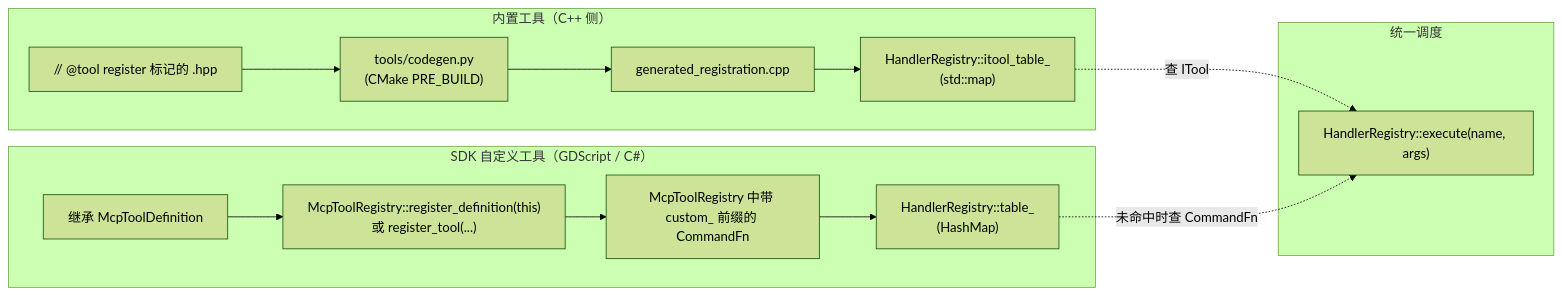
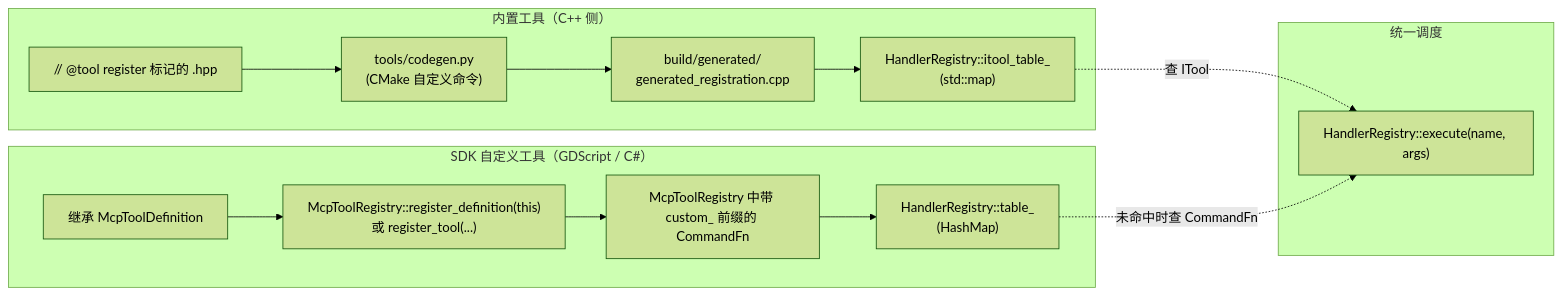
The third of 3 diagrams in .repo_wiki/overview/architecture.md (jesspig/GodotMCP-GDExtension), drawn with Mermaid (forest theme) before and after one commit. The commit also changed other lines of this file and 11 other files, not shown here.

````diff
--- a/.repo_wiki/overview/architecture.md
+++ b/.repo_wiki/overview/architecture.md
@@ -122,22 +128,22 @@
 ```mermaid
 flowchart LR
     subgraph BuiltIn["内置工具（C++ 侧）"]
         HPP["// @tool register 标记的 .hpp"]
-        CODEGEN["tools/codegen.py<br/>(CMake PRE_BUILD)"]
-        GEN["generated_registration.cpp"]
+        CODEGEN["tools/codegen.py<br/>(CMake 自定义命令)"]
+        GEN["build/generated/<br/>generated_registration.cpp"]
         ITBL["HandlerRegistry::itool_table_<br/>(std::map)"]
         HPP --> CODEGEN --> GEN --> ITBL
     end
     subgraph SDK["SDK 自定义工具（GDScript / C#）"]
         DEF["继承 McpToolDefinition"]
         REG["McpToolRegistry::register_definition(this)<br/>或 register_tool(...)"]
         CUSTOM["McpToolRegistry 中带 custom_ 前缀的 CommandFn"]
         TBL["HandlerRegistry::table_<br/>(HashMap<String, CommandFn>)"]
         DEF --> REG --> CUSTOM --> TBL
     end
     subgraph Dispatch["统一调度"]
         EXEC["HandlerRegistry::execute(name, args)"]
         ITBL -.查 ITool.-> EXEC
         TBL -.未命中时查 CommandFn.-> EXEC
     end
 ```
````
